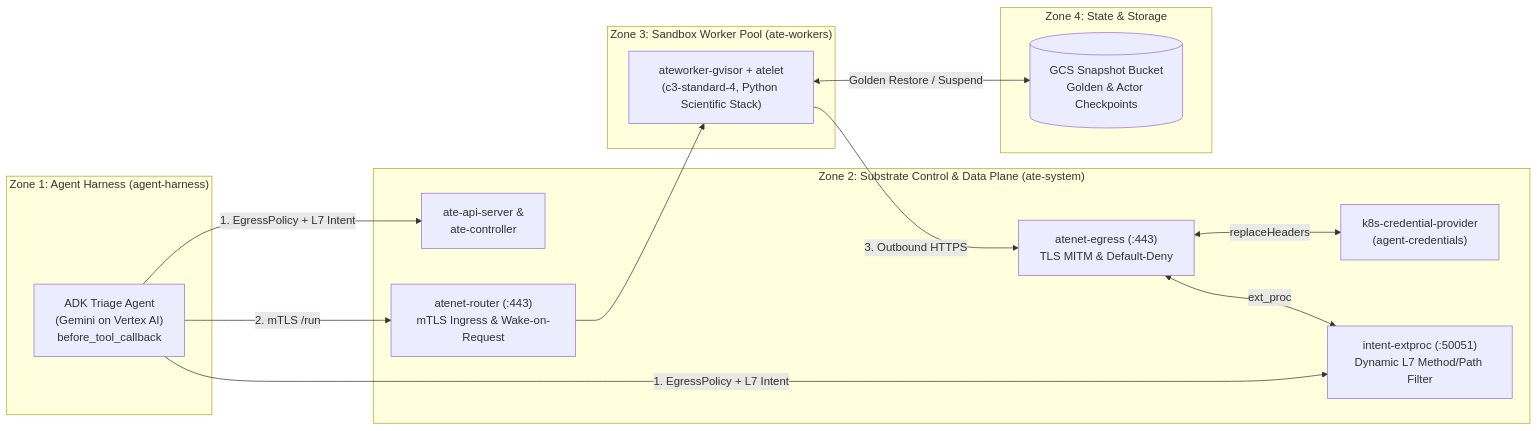
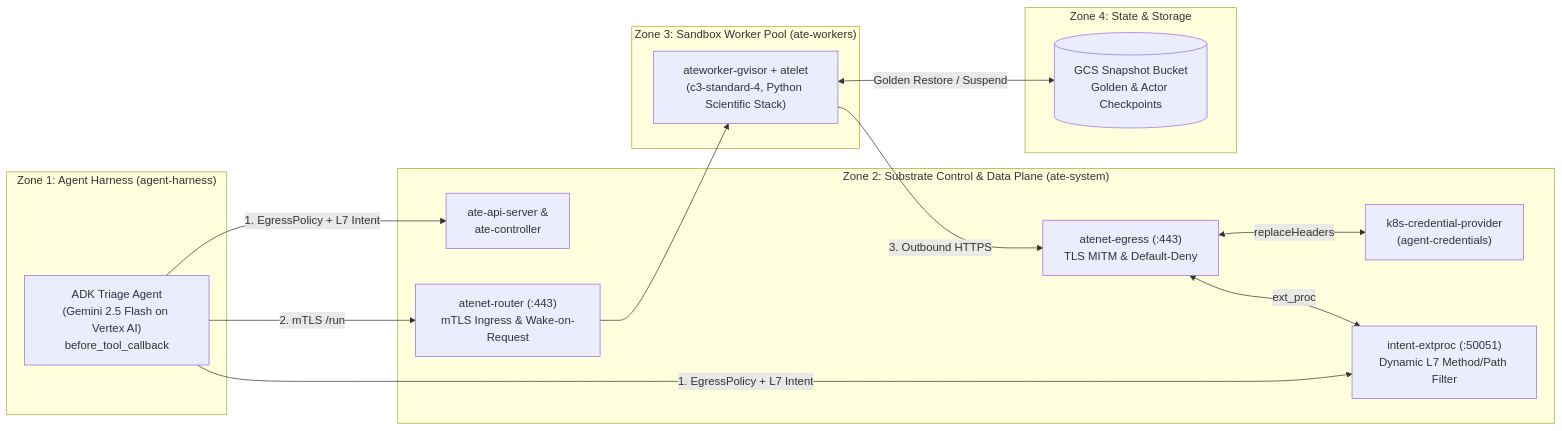
The diagram in docs/platforms/gke/base/use-cases/agent-substrate-secure-runtime/README.md (GoogleCloudPlatform/accelerated-platforms), drawn with Mermaid before and after one commit. The commit also changed other lines of this file, not shown here.

Commit message:
docs(secure-runtime): update README with v1.0.0-rc.2 benchmarks and ADK Web UI

````diff
--- a/docs/platforms/gke/base/use-cases/agent-substrate-secure-runtime/README.md
+++ b/docs/platforms/gke/base/use-cases/agent-substrate-secure-runtime/README.md
@@ -5,25 +5,25 @@
 ```mermaid
 flowchart LR
   subgraph Z1["Zone 1: Agent Harness (agent-harness)"]
-    Agent["ADK Triage Agent\n(Gemini on Vertex AI)\nbefore_tool_callback"]
+    Agent["ADK Triage Agent\n(Gemini 2.5 Flash on Vertex AI)\nbefore_tool_callback"]
   end
   subgraph Z2["Zone 2: Substrate Control & Data Plane (ate-system)"]
     API["ate-api-server &\nate-controller"]
     Router["atenet-router (:443)\nmTLS Ingress & Wake-on-Request"]
     Egress["atenet-egress (:443)\nTLS MITM & Default-Deny"]
     Cred["k8s-credential-provider\n(agent-credentials)"]
     ExtProc["intent-extproc (:50051)\nDynamic L7 Method/Path Filter"]
   end
   subgraph Z3["Zone 3: Sandbox Worker Pool (ate-workers)"]
     Worker["ateworker-gvisor + atelet\n(c3-standard-4, Python Scientific Stack)"]
   end
   subgraph Z4["Zone 4: State & Storage"]
     GCS[("GCS Snapshot Bucket\nGolden & Actor Checkpoints")]
   end
   Agent -->|"1. EgressPolicy + L7 Intent"| API & ExtProc
   Agent -->|"2. mTLS /run"| Router --> Worker
   Worker <-->|"Golden Restore / Suspend"| GCS
   Worker -->|"3. Outbound HTTPS"| Egress
   Egress <-->|"replaceHeaders"| Cred
   Egress <-->|"ext_proc"| ExtProc
 ```
````
